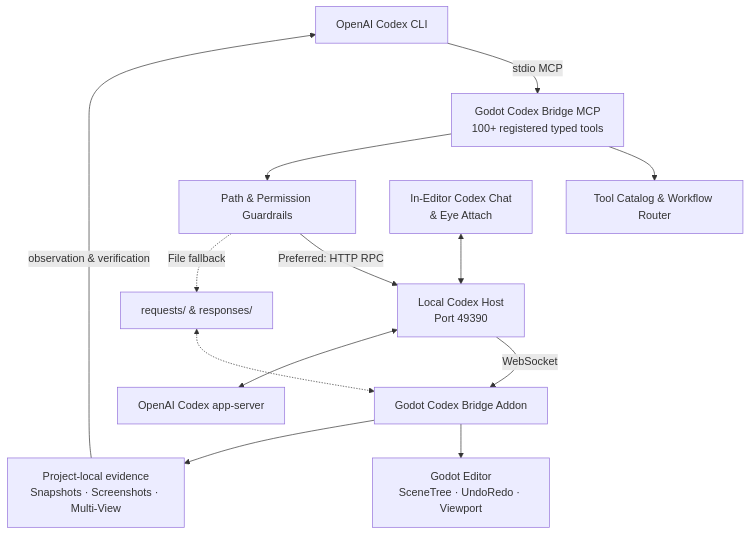
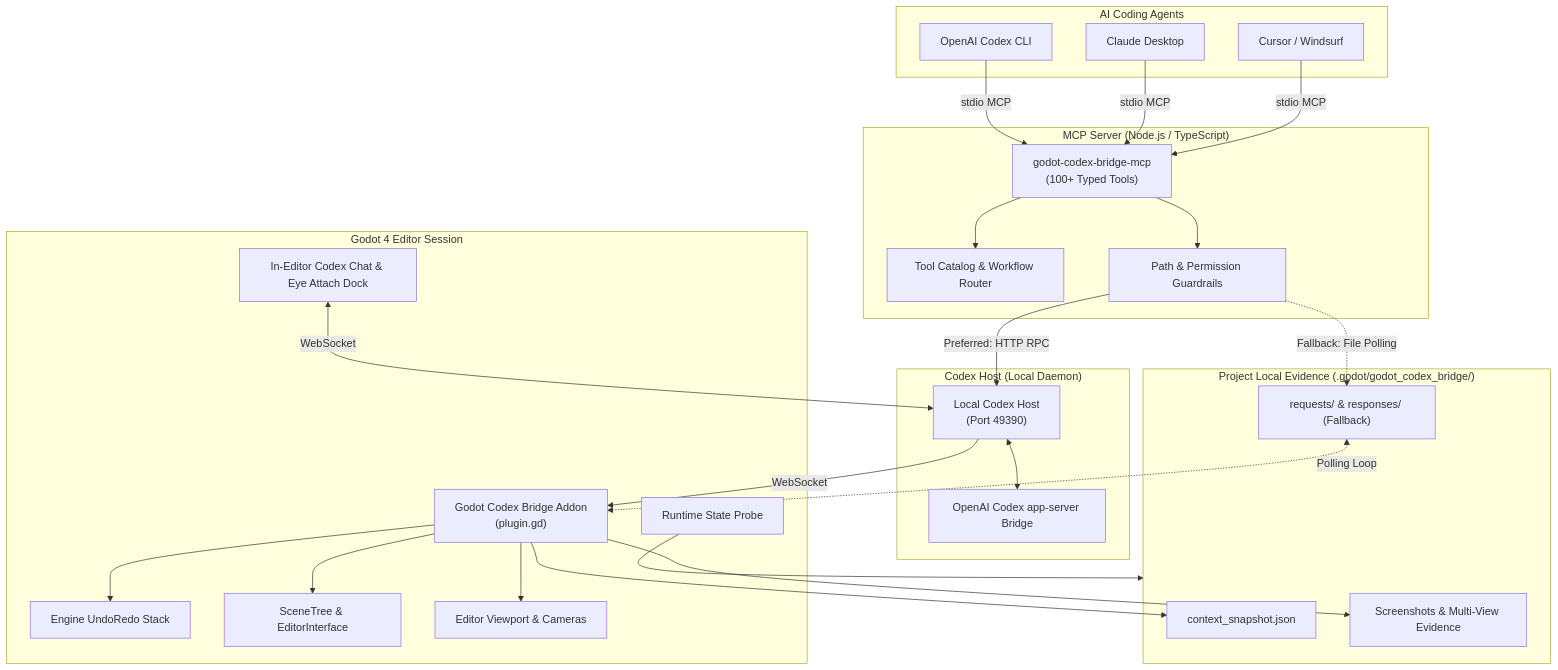
The diagram in README.md (ItsHege/godot-codex-bridge), drawn with Mermaid before and after one commit. The commit also changed other lines of this file and 351 other files, not shown here.

````diff
--- a/README.md
+++ b/README.md
@@ -47,20 +53,56 @@
 ```mermaid
 flowchart TD
-    Codex["OpenAI Codex CLI"] -->|stdio MCP| MCP["Godot Codex Bridge MCP<br/>100+ registered typed tools"]
+    subgraph Agents ["AI Coding Agents"]
+        Codex["OpenAI Codex CLI"]
+        Claude["Claude Desktop"]
+        Cursor["Cursor / Windsurf"]
+    end
 
-    MCP --> Catalog["Tool Catalog & Workflow Router"]
-    MCP --> Guard["Path & Permission Guardrails"]
+    subgraph MCPLayer ["MCP Server (Node.js / TypeScript)"]
+        MCPServer["godot-codex-bridge-mcp<br/>(100+ Typed Tools)"]
+        ToolCatalog["Tool Catalog & Workflow Router"]
+        PathGuard["Path & Permission Guardrails"]
+    end
 
-    Guard -->|Preferred: HTTP RPC| Host["Local Codex Host<br/>Port 49390"]
-    Host -->|WebSocket| Addon["Godot Codex Bridge Addon"]
-    Host <--> AppServer["OpenAI Codex app-server"]
+    subgraph HostLayer ["Codex Host (Local Daemon)"]
+        CodexHost["Local Codex Host<br/>(Port 49390)"]
+        AppServerBridge["OpenAI Codex app-server Bridge"]
+    end
 
-    Chat["In-Editor Codex Chat<br/>& Eye Attach"] <--> Host
+    subgraph GodotEditor ["Godot 4 Editor Session"]
+        Addon["Godot Codex Bridge Addon<br/>(plugin.gd)"]
+        ChatDock["In-Editor Codex Chat & Eye Attach Dock"]
+        UndoRedo["Engine UndoRedo Stack"]
+        SceneTree["SceneTree & EditorInterface"]
+        Viewport["Editor Viewport & Cameras"]
+        RuntimeProbe["Runtime State Probe"]
+    end
 
-    Addon --> Editor["Godot Editor<br/>SceneTree · UndoRedo · Viewport"]
-    Addon --> Evidence["Project-local evidence<br/>Snapshots · Screenshots · Multi-View"]
+    subgraph LocalStorage ["Project Local Evidence (.godot/godot_codex_bridge/)"]
+        Snapshot["context_snapshot.json"]
+        Artifacts["Screenshots & Multi-View Evidence"]
+        FallbackDir["requests/ & responses/ (Fallback)"]
+    end
 
-    Guard -.->|File fallback| Requests["requests/ & responses/"]
-    Requests <-.-> Addon
-    Evidence -->|observation & verification| Codex
+    Codex -->|stdio MCP| MCPServer
+    Claude -->|stdio MCP| MCPServer
+    Cursor -->|stdio MCP| MCPServer
+
+    MCPServer --> ToolCatalog
+    MCPServer --> PathGuard
+
+    PathGuard -->|Preferred: HTTP RPC| CodexHost
+    CodexHost -->|WebSocket| Addon
+    ChatDock <-->|WebSocket| CodexHost
+    CodexHost <--> AppServerBridge
+
+    PathGuard -.->|Fallback: File Polling| FallbackDir
+    FallbackDir <-.->|Polling Loop| Addon
+
+    Addon --> Snapshot
+    Addon --> Artifacts
+    Addon --> UndoRedo
+    Addon --> SceneTree
+    Addon --> Viewport
+    RuntimeProbe --> LocalStorage
 ```
````
